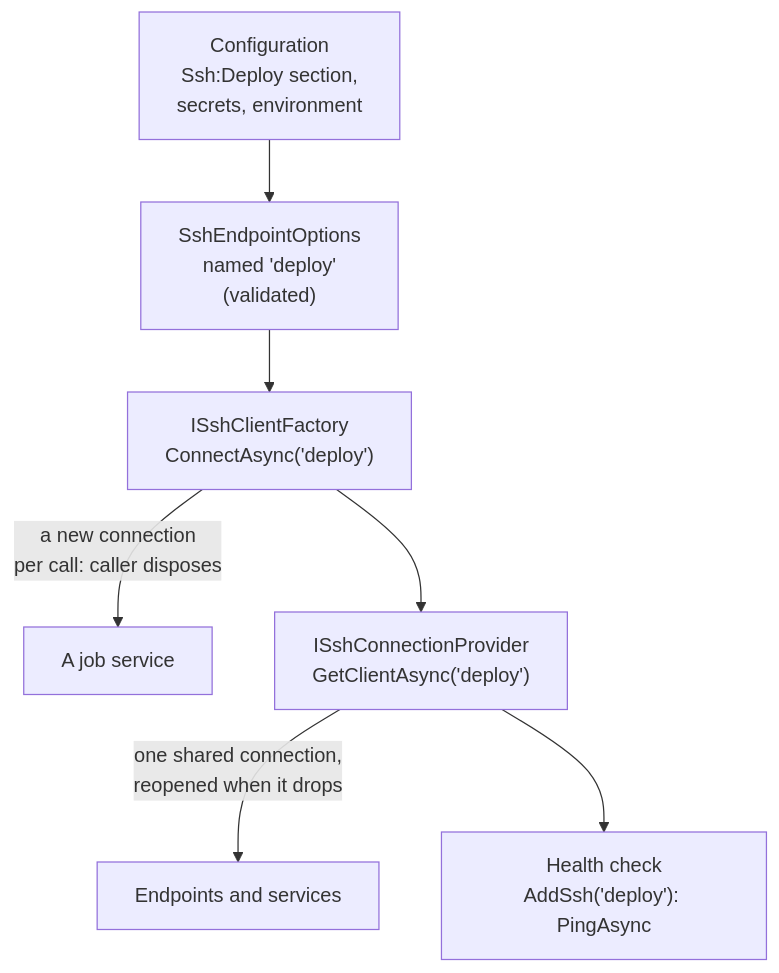
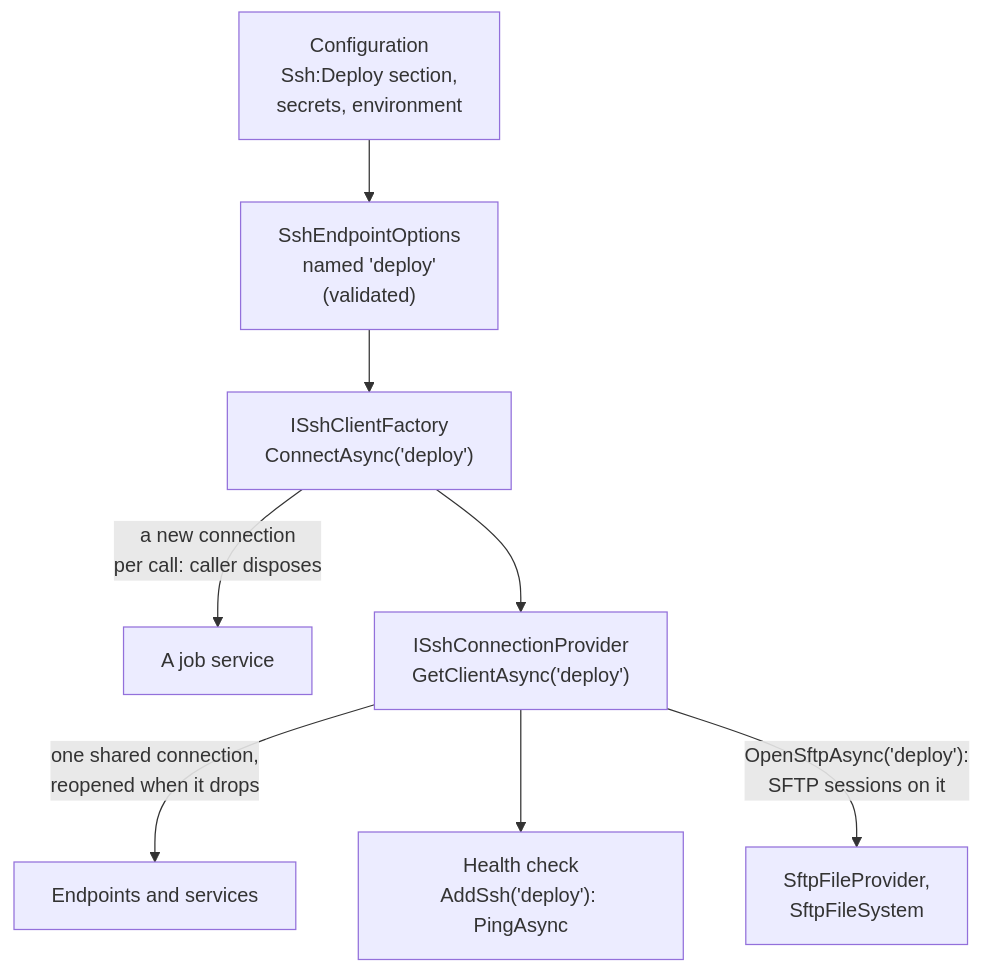
Before and after one commit to zcsizmadia/SshSharp: the diagram in docs/how-to/aspnetcore-and-di.md, drawn with Mermaid. The commit also changed other lines of this file and 32 other files, not shown here.

````diff
--- a/docs/how-to/aspnetcore-and-di.md
+++ b/docs/how-to/aspnetcore-and-di.md
@@ -18,9 +18,10 @@
 ```mermaid
 flowchart TB
     config["Configuration<br/>Ssh:Deploy section,<br/>secrets, environment"] --> options["SshEndpointOptions<br/>named 'deploy'<br/>(validated)"]
     options --> factory["ISshClientFactory<br/>ConnectAsync('deploy')"]
     factory -->|"a new connection<br/>per call: caller disposes"| job["A job service"]
     factory --> provider["ISshConnectionProvider<br/>GetClientAsync('deploy')"]
     provider -->|"one shared connection,<br/>reopened when it drops"| api["Endpoints and services"]
     provider --> health["Health check<br/>AddSsh('deploy'): PingAsync"]
+    provider -->|"OpenSftpAsync('deploy'):<br/>SFTP sessions on it"| files["SftpFileProvider,<br/>SftpFileSystem"]
 ```
````
